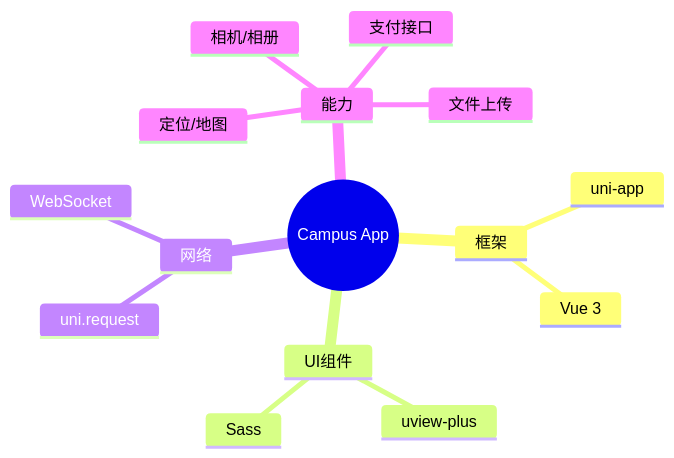
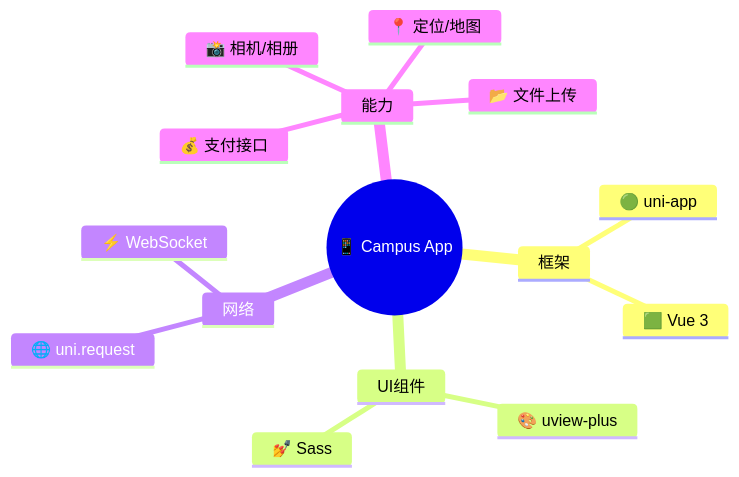
One commit to lxxxDD/campus-life-app changed the diagram in README.md. Above: the diagram before and after it, drawn with Mermaid.

Commit message:
🎨 全面升级赛博朋克霓虹配色，亮瞎你的眼

````diff
--- a/README.md
+++ b/README.md
@@ -112,18 +112,18 @@
 ```mermaid
 mindmap
-  root((Campus App))
+  root((📱 Campus App))
     框架
-      uni-app
-      Vue 3
+      🟢 uni-app
+      🟩 Vue 3
     UI组件
-      uview-plus
-      Sass
+      🎨 uview-plus
+      💅 Sass
     网络
-      uni.request
-      WebSocket
+      🌐 uni.request
+      ⚡ WebSocket
     能力
-      相机/相册
-      定位/地图
-      支付接口
-      文件上传
+      📸 相机/相册
+      📍 定位/地图
+      💰 支付接口
+      📂 文件上传
 ```
````
